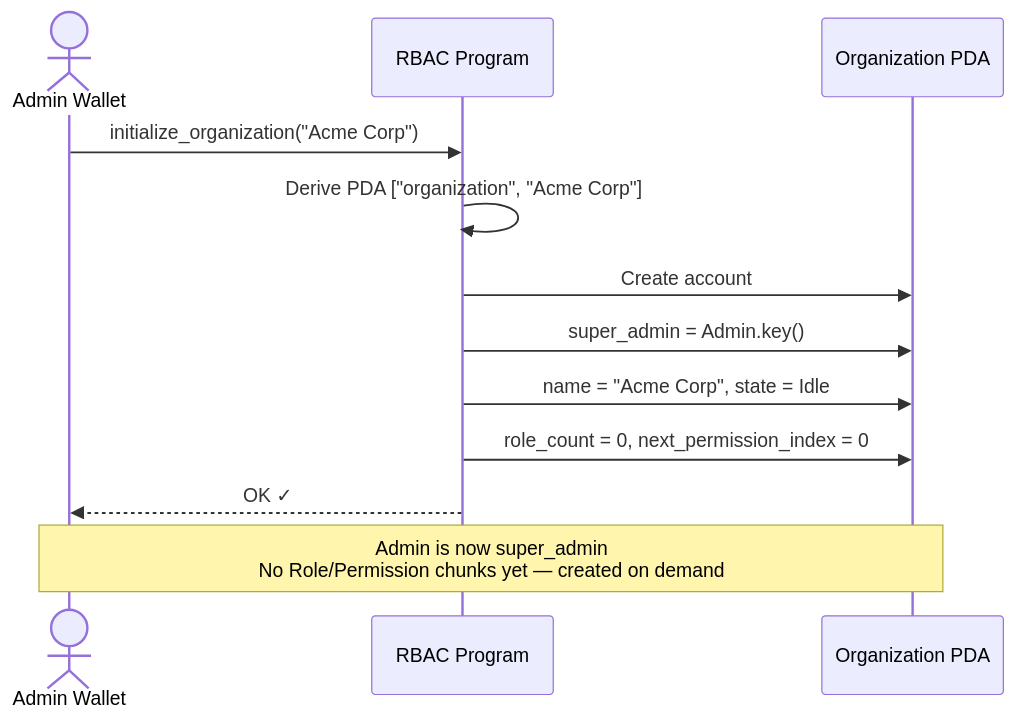
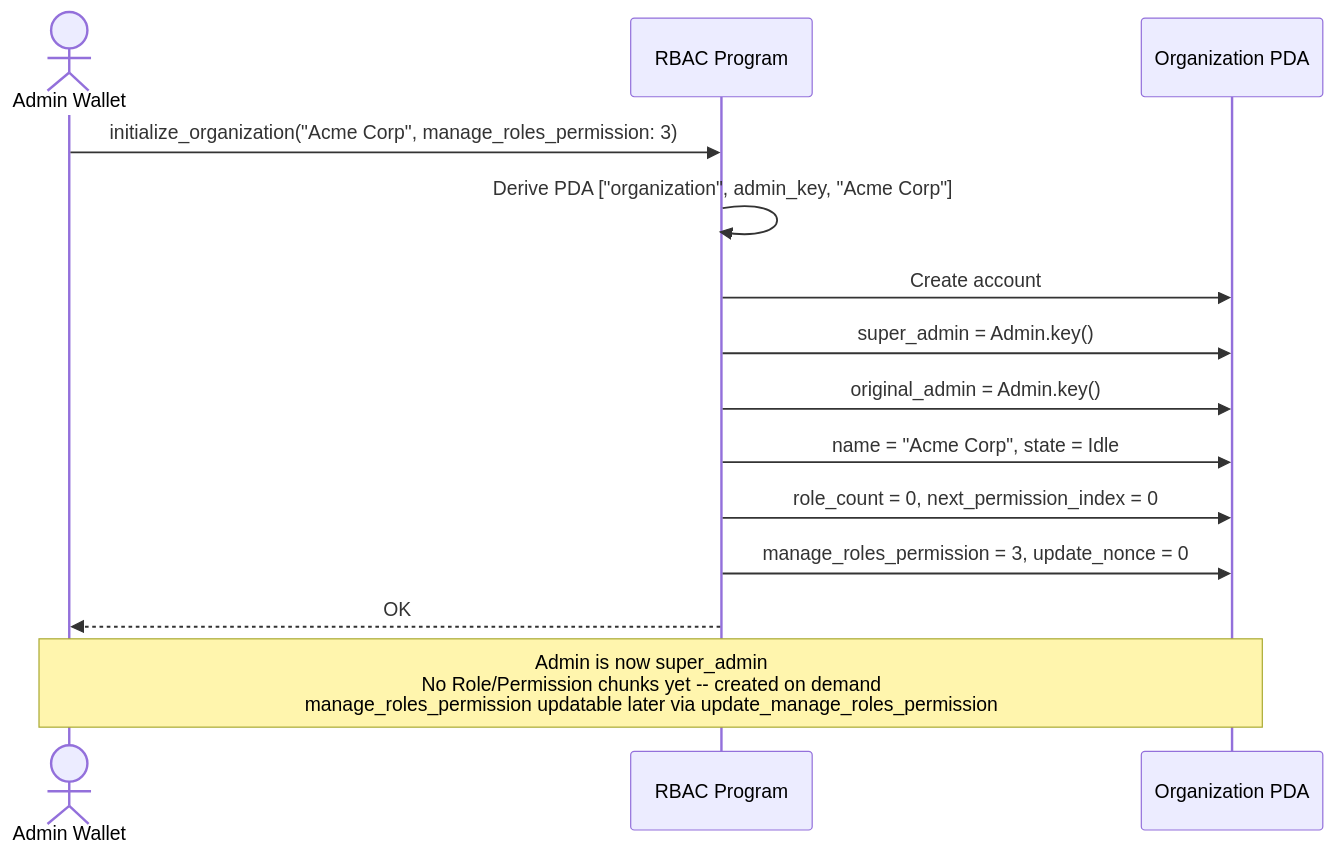
One commit to Vadimus1983/Solana-rbac changed the seventh of 25 diagrams in docs/architecture.md. Above: the diagram before and after it, drawn with Mermaid. The commit also changed other lines of this file and 1 other file, not shown here.

````diff
--- a/docs/architecture.md
+++ b/docs/architecture.md
@@ -399,16 +417,18 @@
 ```mermaid
 sequenceDiagram
     actor Admin as Admin Wallet
     participant P as RBAC Program
     participant Org as Organization PDA
 
-    Admin->>P: initialize_organization("Acme Corp")
-    P->>P: Derive PDA ["organization", "Acme Corp"]
+    Admin->>P: initialize_organization("Acme Corp", manage_roles_permission: 3)
+    P->>P: Derive PDA ["organization", admin_key, "Acme Corp"]
     P->>Org: Create account
     P->>Org: super_admin = Admin.key()
+    P->>Org: original_admin = Admin.key()
     P->>Org: name = "Acme Corp", state = Idle
     P->>Org: role_count = 0, next_permission_index = 0
-    P-->>Admin: OK ✓
+    P->>Org: manage_roles_permission = 3, update_nonce = 0
+    P-->>Admin: OK
 
-    Note over Admin,Org: Admin is now super_admin<br/>No Role/Permission chunks yet — created on demand
+    Note over Admin,Org: Admin is now super_admin<br/>No Role/Permission chunks yet -- created on demand<br/>manage_roles_permission updatable later via update_manage_roles_permission
 ```
````
